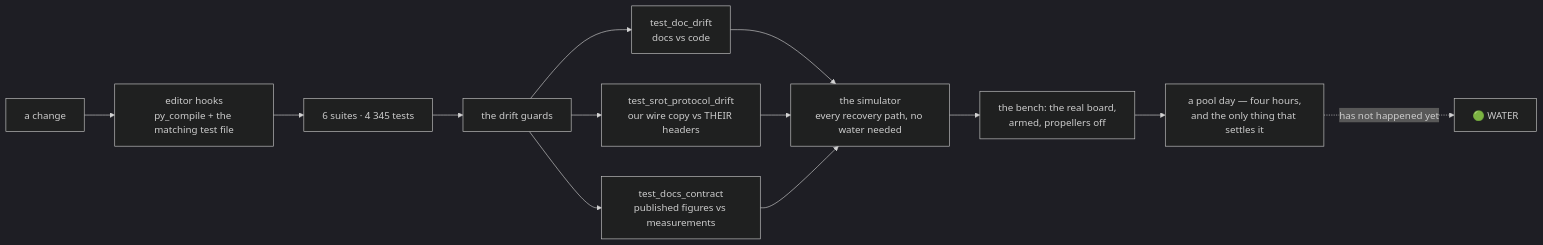
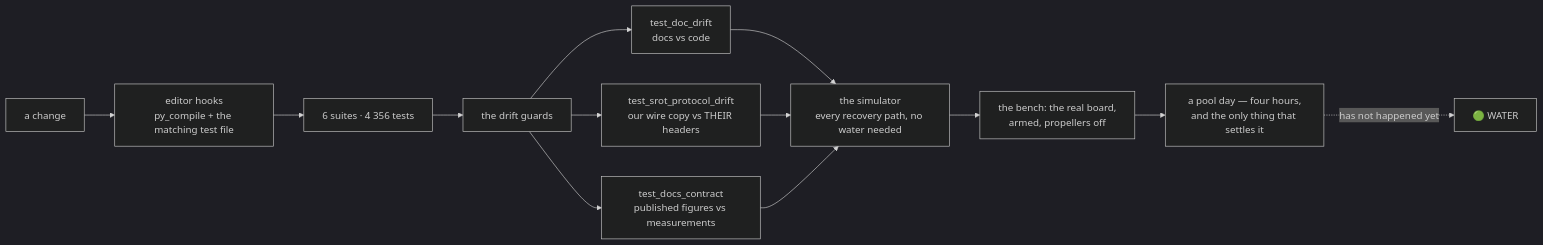
One commit to fh1m/mongla_ws changed the ninth of 10 diagrams in README.md. Above: the diagram before and after it, drawn with Mermaid (dark theme). The commit also changed other lines of this file and 7 other files, not shown here.

````diff
--- a/README.md
+++ b/README.md
@@ -752,15 +752,15 @@
 ```mermaid
 flowchart LR
     DEV["a change"] --> HOOK["editor hooks<br/>py_compile + the matching test file"]
-    HOOK --> UNIT["6 suites · 4 345 tests"]
+    HOOK --> UNIT["6 suites · 4 356 tests"]
     UNIT --> GUARD["the drift guards"]
     GUARD --> G1["test_doc_drift<br/>docs vs code"]
     GUARD --> G2["test_srot_protocol_drift<br/>our wire copy vs THEIR headers"]
     GUARD --> G3["test_docs_contract<br/>published figures vs measurements"]
     G1 --> SIM["the simulator<br/>every recovery path, no water needed"]
     G2 --> SIM
     G3 --> SIM
     SIM --> BENCH["the bench: the real board,<br/>armed, propellers off"]
     BENCH --> POOL["a pool day — four hours,<br/>and the only thing that settles it"]
     POOL -.->|"has not happened yet"| WATER["🟢 WATER"]
 ```
````
